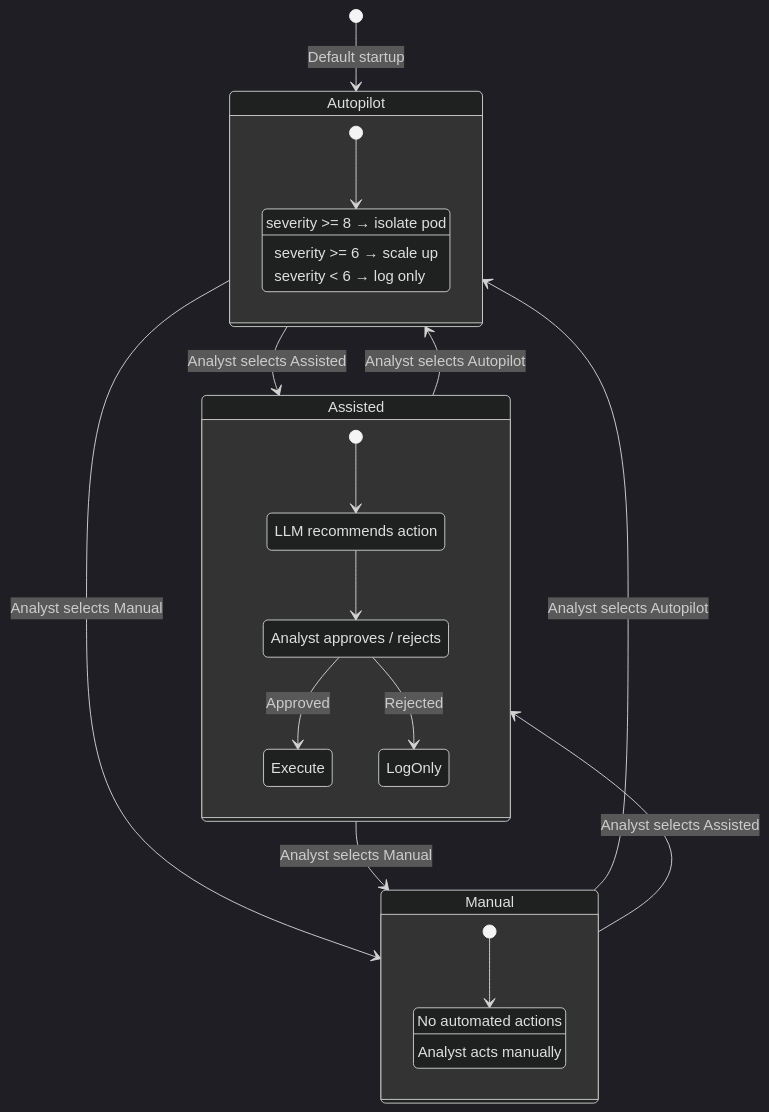
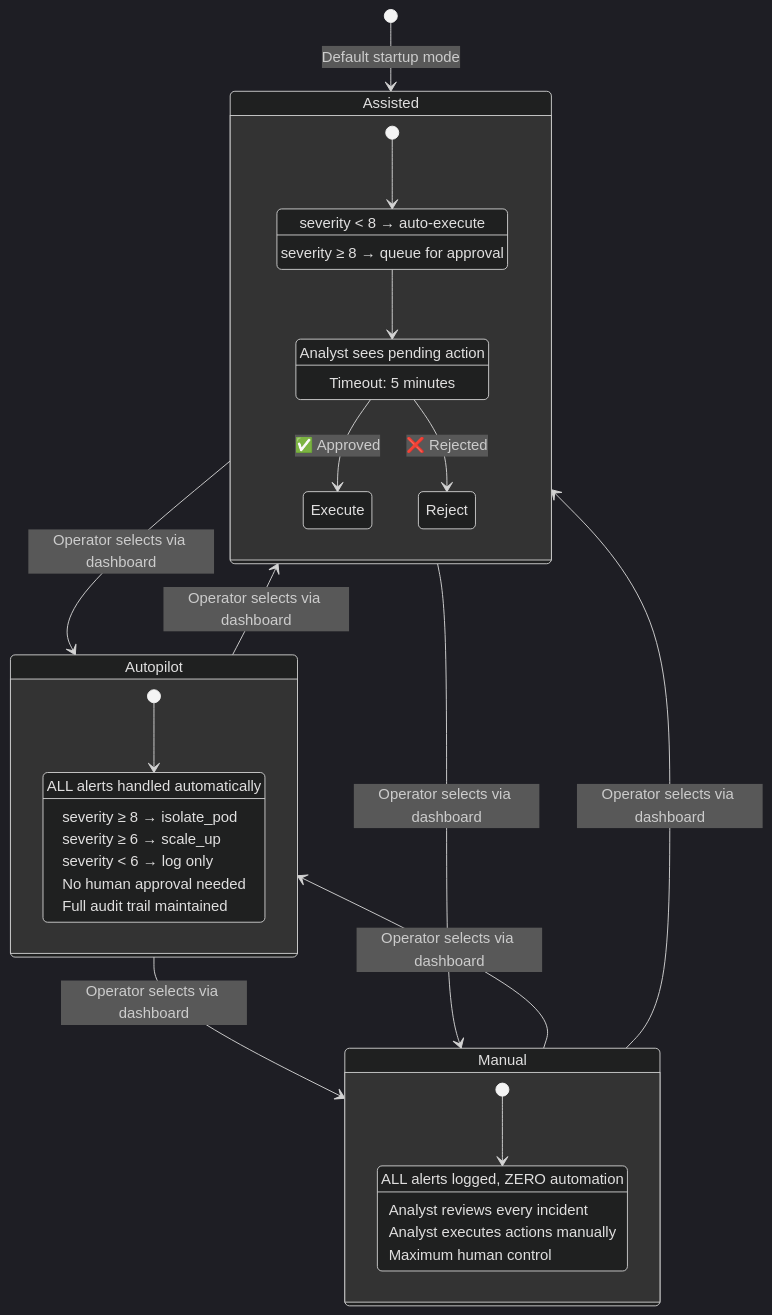
The ninth of 20 diagrams in docs/CAPSTONE_FIGURES.md (Alqaly/smart-city-ids), drawn with Mermaid (dark theme) before and after one commit. The commit also changed other lines of this file, not shown here.

First line of the commit message:
Improve figures file: exact placement labels + enhanced diagrams

````diff
--- a/docs/CAPSTONE_FIGURES.md
+++ b/docs/CAPSTONE_FIGURES.md
@@ -289,35 +434,42 @@
 ```mermaid
 stateDiagram-v2
-    [*] --> Autopilot : Default startup
+    [*] --> Assisted : Default startup mode
 
-    Autopilot --> Assisted : Analyst selects Assisted
-    Autopilot --> Manual : Analyst selects Manual
+    Autopilot --> Assisted : Operator selects via dashboard
+    Autopilot --> Manual : Operator selects via dashboard
 
-    Assisted --> Autopilot : Analyst selects Autopilot
-    Assisted --> Manual : Analyst selects Manual
+    Assisted --> Autopilot : Operator selects via dashboard
+    Assisted --> Manual : Operator selects via dashboard
 
-    Manual --> Autopilot : Analyst selects Autopilot
-    Manual --> Assisted : Analyst selects Assisted
+    Manual --> Autopilot : Operator selects via dashboard
+    Manual --> Assisted : Operator selects via dashboard
 
     state Autopilot {
-        [*] --> AutoExec
-        AutoExec : severity >= 8 → isolate pod
-        AutoExec : severity >= 6 → scale up
-        AutoExec : severity < 6 → log only
+        [*] --> AutoDecision
+        AutoDecision : ALL alerts handled automatically
+        AutoDecision : severity ≥ 8 → isolate_pod
+        AutoDecision : severity ≥ 6 → scale_up
+        AutoDecision : severity < 6 → log only
+        AutoDecision : No human approval needed
+        AutoDecision : Full audit trail maintained
     }
 
     state Assisted {
-        [*] --> ProposeAction
-        ProposeAction : LLM recommends action
-        ProposeAction --> AwaitApproval
-        AwaitApproval : Analyst approves / rejects
-        AwaitApproval --> Execute : Approved
-        AwaitApproval --> LogOnly : Rejected
+        [*] --> AssistedDecision
+        AssistedDecision : severity < 8 → auto-execute
+        AssistedDecision : severity ≥ 8 → queue for approval
+        AssistedDecision --> WaitApproval
+        WaitApproval : Analyst sees pending action
+        WaitApproval : Timeout: 5 minutes
+        WaitApproval --> Execute : ✅ Approved
+        WaitApproval --> Reject : ❌ Rejected
     }
 
     state Manual {
-        [*] --> LogAndAlert
-        LogAndAlert : No automated actions
-        LogAndAlert : Analyst acts manually
+        [*] --> ManualOps
+        ManualOps : ALL alerts logged, ZERO automation
+        ManualOps : Analyst reviews every incident
+        ManualOps : Analyst executes actions manually
+        ManualOps : Maximum human control
     }
 ```
````
